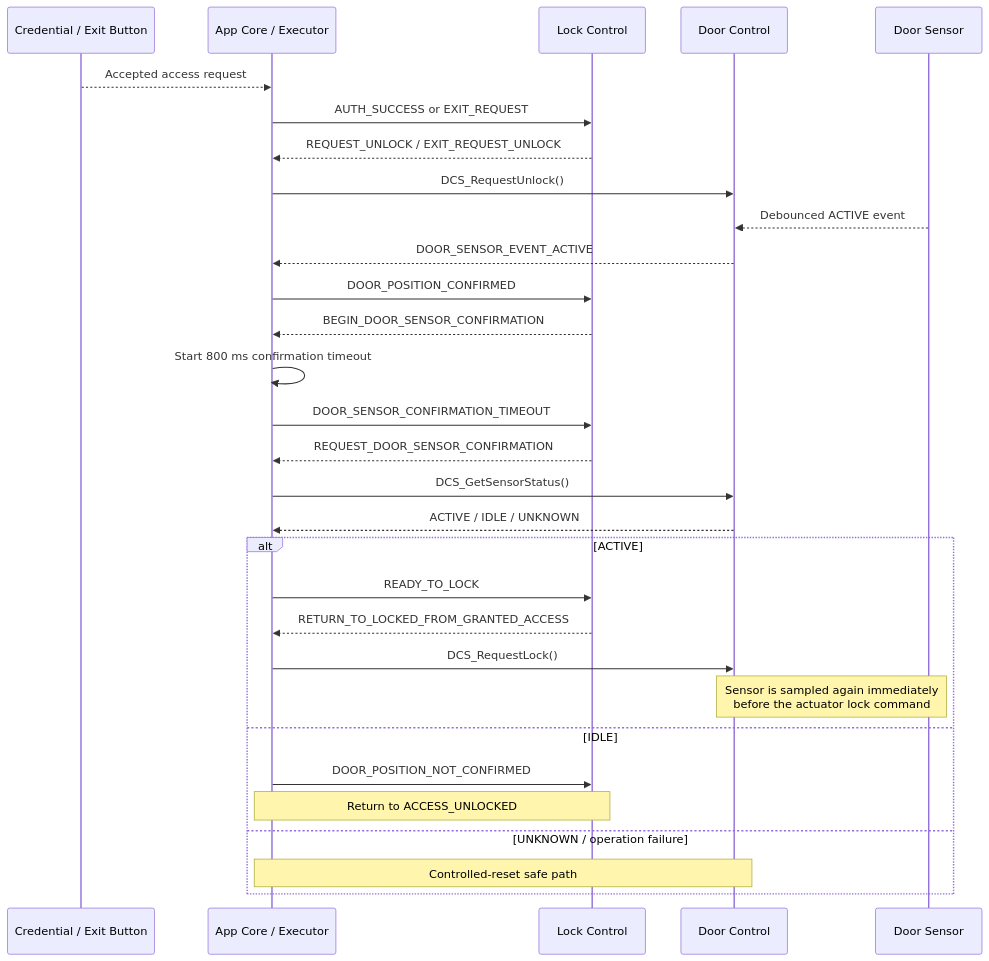
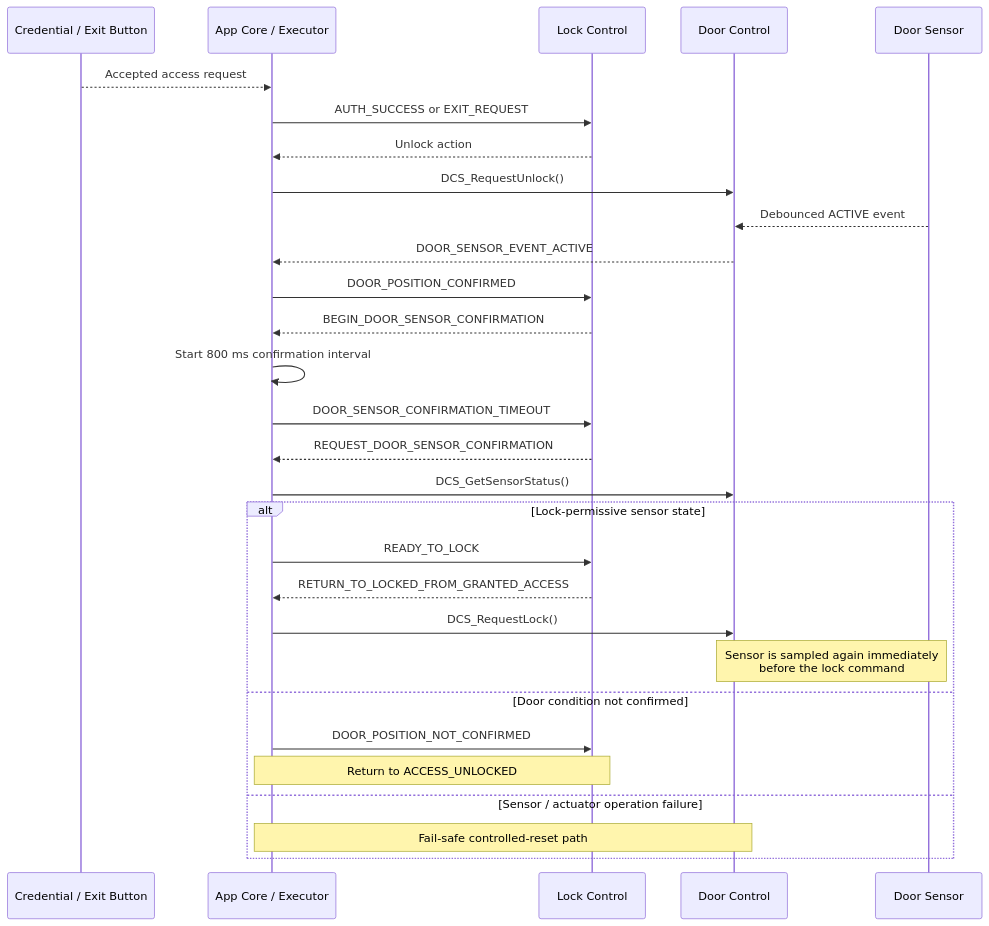
The third of 3 diagrams in README.md (JP-REY/STM32F103C8T6-Based-Electronic-Lock), drawn with Mermaid before and after one commit. The commit also changed other lines of this file and 22 other files, not shown here.

First line of the commit message:
docs: update project architecture and module documentation

````diff
--- a/README.md
+++ b/README.md
@@ -312,36 +202,35 @@
 ```mermaid
 sequenceDiagram
     participant IN as Credential / Exit Button
     participant APP as App Core / Executor
     participant LCS as Lock Control
     participant DCS as Door Control
     participant DS as Door Sensor
 
     IN-->>APP: Accepted access request
     APP->>LCS: AUTH_SUCCESS or EXIT_REQUEST
-    LCS-->>APP: REQUEST_UNLOCK / EXIT_REQUEST_UNLOCK
+    LCS-->>APP: Unlock action
     APP->>DCS: DCS_RequestUnlock()
 
     DS-->>DCS: Debounced ACTIVE event
     DCS-->>APP: DOOR_SENSOR_EVENT_ACTIVE
     APP->>LCS: DOOR_POSITION_CONFIRMED
     LCS-->>APP: BEGIN_DOOR_SENSOR_CONFIRMATION
-    APP->>APP: Start 800 ms confirmation timeout
+    APP->>APP: Start 800 ms confirmation interval
 
     APP->>LCS: DOOR_SENSOR_CONFIRMATION_TIMEOUT
     LCS-->>APP: REQUEST_DOOR_SENSOR_CONFIRMATION
     APP->>DCS: DCS_GetSensorStatus()
-    DCS-->>APP: ACTIVE / IDLE / UNKNOWN
 
-    alt ACTIVE
+    alt Lock-permissive sensor state
         APP->>LCS: READY_TO_LOCK
         LCS-->>APP: RETURN_TO_LOCKED_FROM_GRANTED_ACCESS
         APP->>DCS: DCS_RequestLock()
-        Note over DCS,DS: Sensor is sampled again immediately<br/>before the actuator lock command
-    else IDLE
+        Note over DCS,DS: Sensor is sampled again immediately<br/>before the lock command
+    else Door condition not confirmed
         APP->>LCS: DOOR_POSITION_NOT_CONFIRMED
         Note over APP,LCS: Return to ACCESS_UNLOCKED
-    else UNKNOWN / operation failure
-        Note over APP,DCS: Controlled-reset safe path
+    else Sensor / actuator operation failure
+        Note over APP,DCS: Fail-safe controlled-reset path
     end
 ```
````
